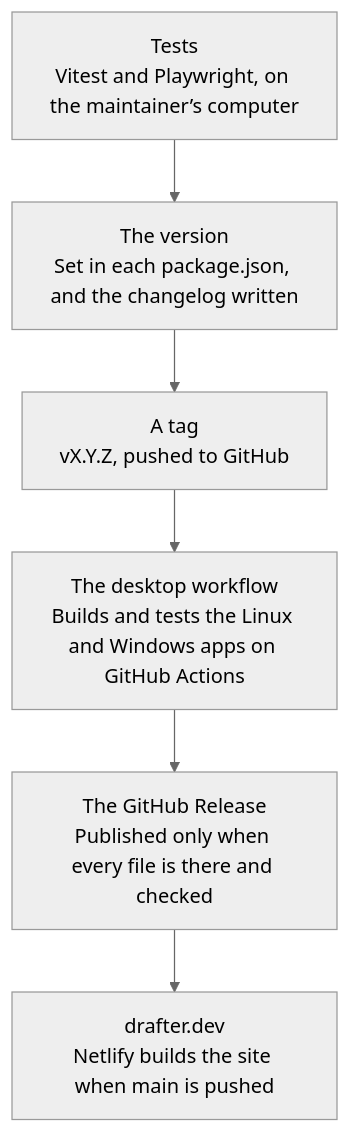
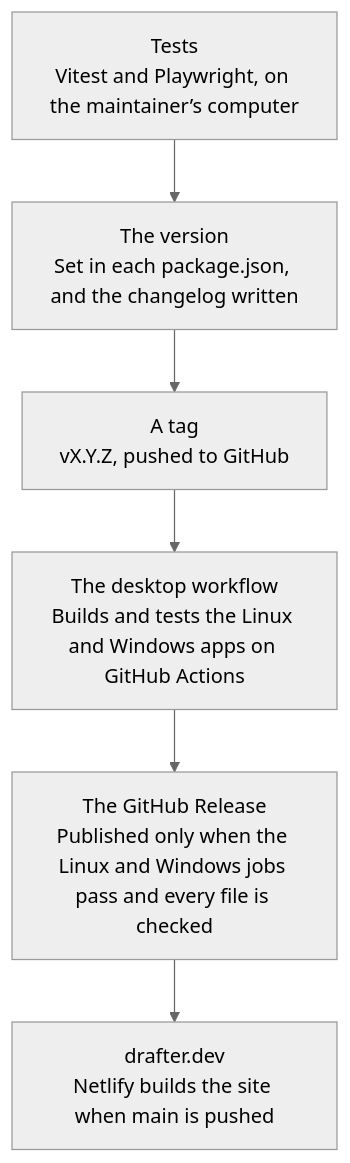
The fifth of 5 diagrams in docs/technical-details.md (cschweda/drafter), drawn with Mermaid (neutral theme) before and after one commit. The commit also changed other lines of this file and 9 other files, not shown here.

First line of the commit message:
fix(web): the package diagram draws direct uses, storage is a fan, and the Technical details wording

````diff
--- a/docs/technical-details.md
+++ b/docs/technical-details.md
@@ -203,14 +183,14 @@
 ```mermaid
 flowchart TD
   s1["Tests<br/>Vitest and Playwright, on the maintainer’s computer"]
   s2["The version<br/>Set in each package.json, and the changelog written"]
   s3["A tag<br/>vX.Y.Z, pushed to GitHub"]
   s4["The desktop workflow<br/>Builds and tests the Linux and Windows apps on GitHub Actions"]
-  s5["The GitHub Release<br/>Published only when every file is there and checked"]
+  s5["The GitHub Release<br/>Published only when the Linux and Windows jobs pass and every file is checked"]
   s6["drafter.dev<br/>Netlify builds the site when main is pushed"]
   s1 --> s2
   s2 --> s3
   s3 --> s4
   s4 --> s5
   s5 --> s6
 ```
````
